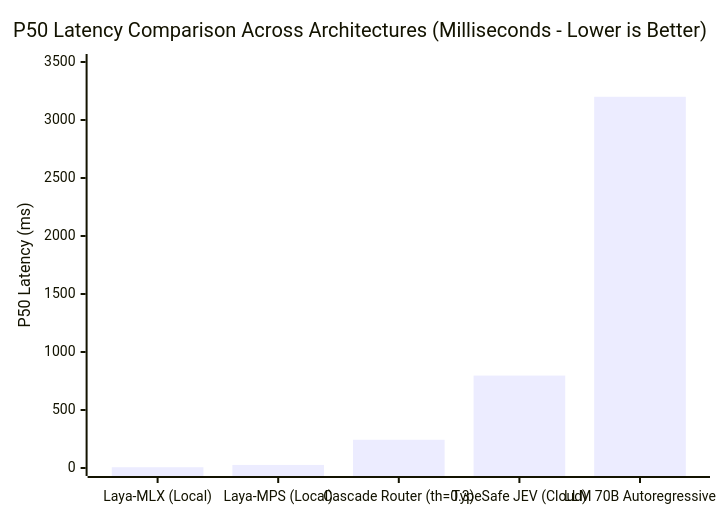
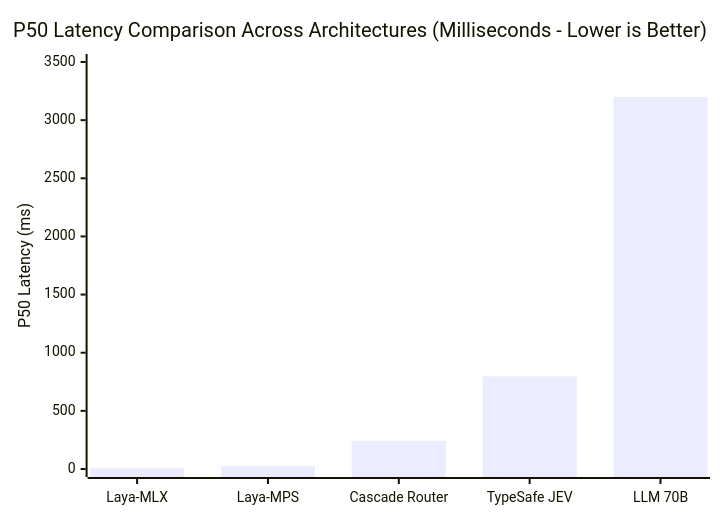
One commit to jangtrinh/design-os-system-one changed the first of 4 diagrams in docs/case-study.md. Above: the diagram before and after it, drawn with Mermaid. The commit also changed 3 other files, not shown here.

Commit message:
feat(docs): add custom EaseUI Mermaid diagram engine with responsive rendering

````diff
--- a/docs/case-study.md
+++ b/docs/case-study.md
@@ -103,7 +103,7 @@
 ```mermaid
 xychart-beta
     title "P50 Latency Comparison Across Architectures (Milliseconds - Lower is Better)"
-    x-axis ["Laya-MLX (Local)", "Laya-MPS (Local)", "Cascade Router (th=0.3)", "TypeSafe JEV (Cloud)", "LLM 70B Autoregressive"]
+    x-axis ["Laya-MLX", "Laya-MPS", "Cascade Router", "TypeSafe JEV", "LLM 70B"]
     y-axis "P50 Latency (ms)" 0 --> 3500
     bar [6.5, 26.4, 243.2, 796.8, 3200.0]
 ```
````
